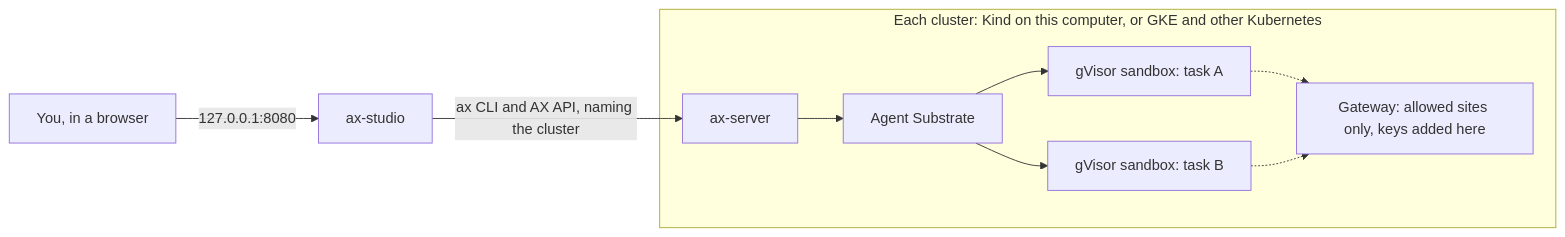
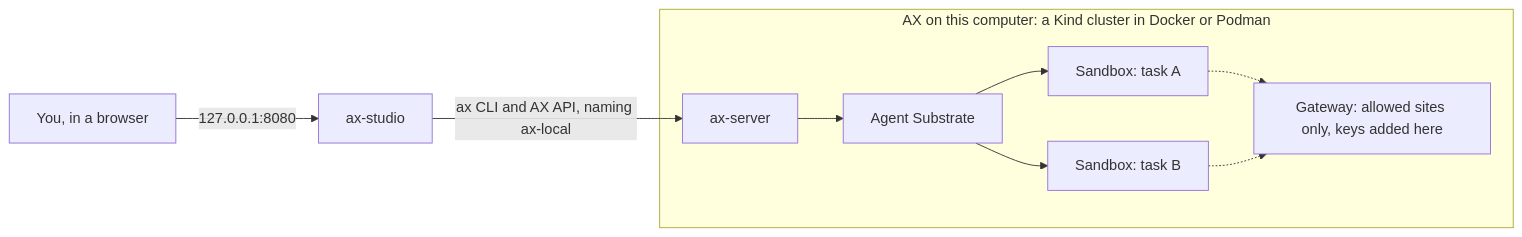
Before and after one commit to agentexecutor/studio: the diagram in README.md, drawn with Mermaid. The commit also changed other lines of this file and 29 other files, not shown here.

First line of the commit message:
Focus Studio on AX on this computer: setup first, no remote clusters or Changes (#28)

````diff
--- a/README.md
+++ b/README.md
@@ -92,12 +81,12 @@
 ```mermaid
 flowchart LR
   you["You, in a browser"] -- "127.0.0.1:8080" --> studio["ax-studio"]
-  studio -- "ax CLI and AX API, naming the cluster" --> server
-  subgraph cluster["Each cluster: Kind on this computer, or GKE and other Kubernetes"]
+  studio -- "ax CLI and AX API, naming ax-local" --> server
+  subgraph cluster["AX on this computer: a Kind cluster in Docker or Podman"]
     server["ax-server"] --> substrate["Agent Substrate"]
-    substrate --> a["gVisor sandbox: task A"]
-    substrate --> b["gVisor sandbox: task B"]
+    substrate --> a["Sandbox: task A"]
+    substrate --> b["Sandbox: task B"]
     a -.-> gateway["Gateway: allowed sites only, keys added here"]
     b -.-> gateway
   end
 ```
````
